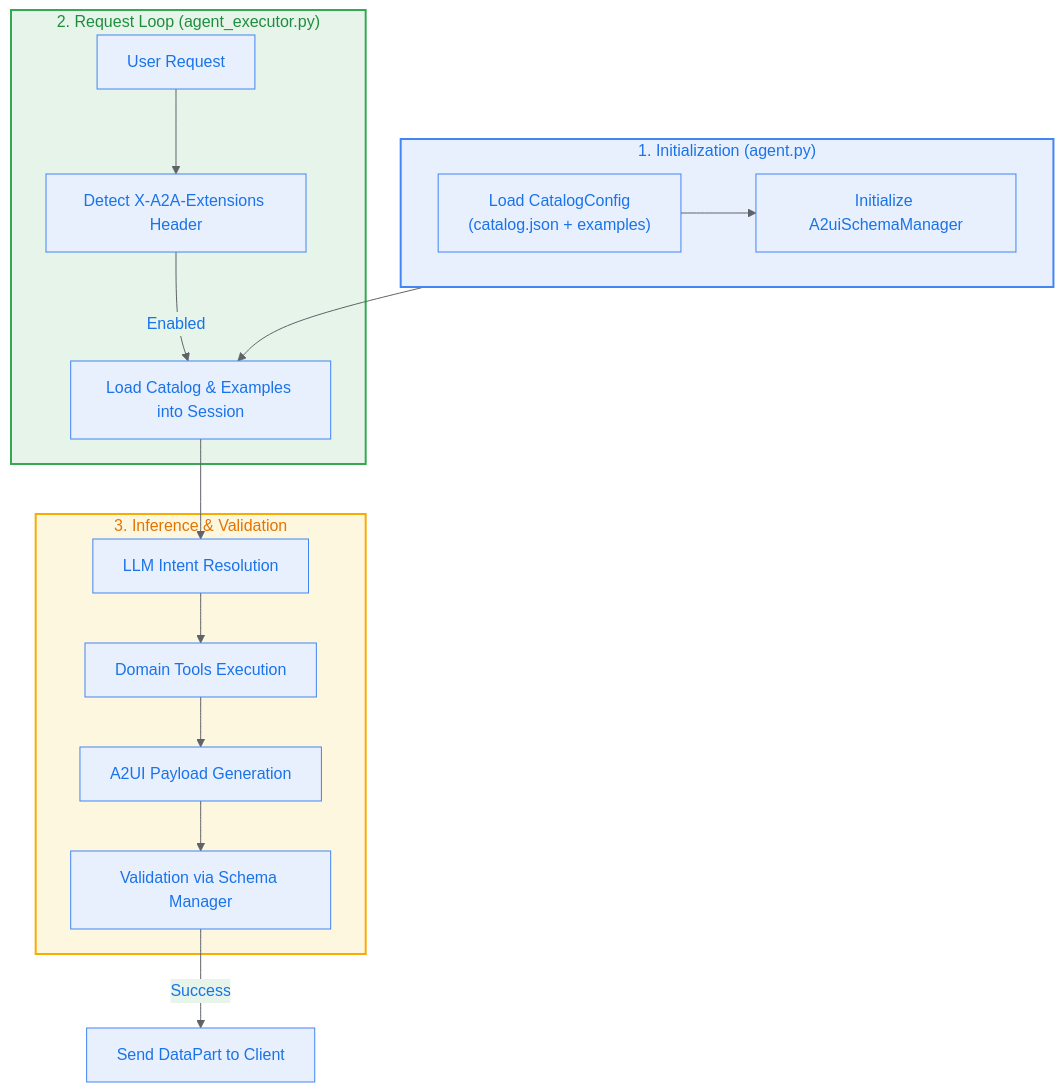
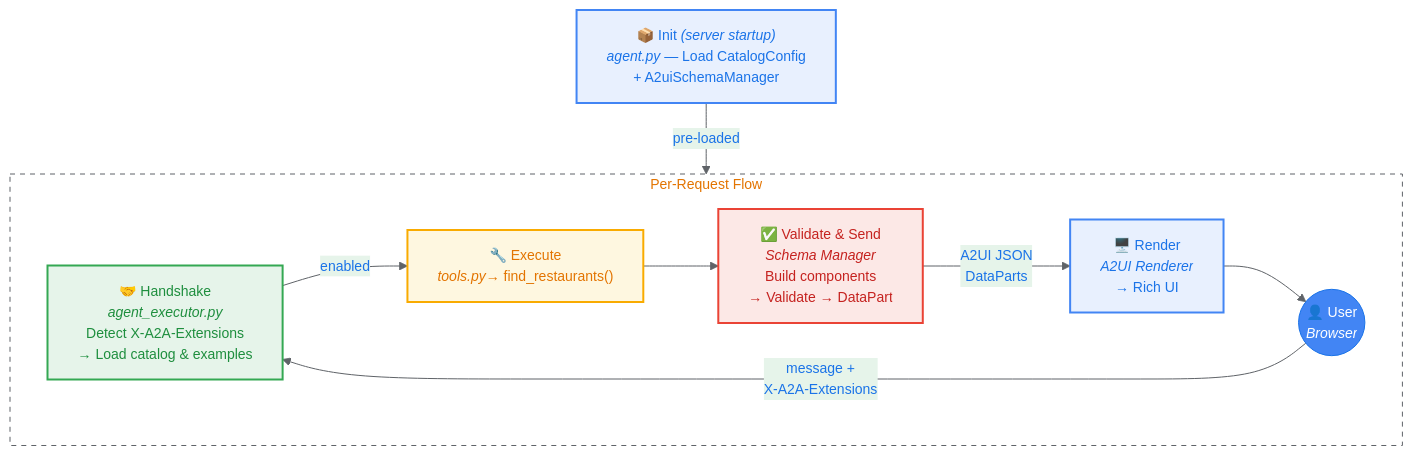
The fourth of 4 diagrams in docs/intro_a2ui.md (wadave/agent-a2ui-demo), drawn with Mermaid before and after one commit. The commit also changed other lines of this file, not shown here.

Commit message:
chore:update diagram

````diff
--- a/docs/intro_a2ui.md
+++ b/docs/intro_a2ui.md
@@ -410,41 +410,43 @@
 ```mermaid
 ---
 config:
   theme: base
   themeVariables:
     primaryColor: "#E8F0FE"
     primaryTextColor: "#1a73e8"
     primaryBorderColor: "#4285F4"
     secondaryColor: "#E6F4EA"
     secondaryTextColor: "#1e8e3e"
     secondaryBorderColor: "#34A853"
     tertiaryColor: "#FEF7E0"
     tertiaryTextColor: "#E37400"
     tertiaryBorderColor: "#F9AB00"
     lineColor: "#5f6368"
-    fontSize: 16px
+    fontSize: 14px
 ---
 flowchart TD
-    subgraph INIT ["1. Initialization (agent.py)"]
-        A1["Load CatalogConfig<br/>(catalog.json + examples)"] --> A2["Initialize A2uiSchemaManager"]
+    A["📦 Init <i>(server startup)</i><br/><i>agent.py</i> — Load CatalogConfig<br/>+ A2uiSchemaManager"]
+
+    A -->|"pre-loaded"| B
+
+    subgraph REQUEST ["Per-Request Flow"]
+        direction LR
+        U(("👤 User<br/><i>Browser</i>")) -->|"message +<br/>X-A2A-Extensions"| B
+
+        B["🤝 Handshake<br/><i>agent_executor.py</i><br/>Detect X-A2A-Extensions<br/>→ Load catalog & examples"] -->|enabled| C
+
+        C["🔧 Execute<br/><i>tools.py</i>→ find_restaurants()"] --> D
+
+        D["✅ Validate & Send<br/><i>Schema Manager</i><br/>Build components<br/>→ Validate → DataPart"] -->|"A2UI JSON<br/>DataParts"| R
+
+        R["🖥️ Render<br/><i>A2UI Renderer</i><br/>→ Rich UI"] --> U
     end
 
-    subgraph REQUEST ["2. Request Loop (agent_executor.py)"]
-        B1["User Request"] --> B2["Detect X-A2A-Extensions Header"]
-        B2 -->|Enabled| B3["Load Catalog & Examples into Session"]
-    end
-
-    subgraph INFERENCE ["3. Inference & Validation"]
-        B3 --> C1["LLM Intent Resolution"]
-        C1 --> C2["Domain Tools Execution"]
-        C2 --> C3["A2UI Payload Generation"]
-        C3 --> C4["Validation via Schema Manager"]
-    end
-
-    INIT --> B3
-    C4 -->|Success| D["Send DataPart to Client"]
-
-    style INIT fill:#E8F0FE,stroke:#4285F4,stroke-width:2px,color:#1a73e8
-    style REQUEST fill:#E6F4EA,stroke:#34A853,stroke-width:2px,color:#1e8e3e
-    style INFERENCE fill:#FEF7E0,stroke:#F9AB00,stroke-width:2px,color:#E37400
+    style A fill:#E8F0FE,stroke:#4285F4,stroke-width:2px,color:#1a73e8
+    style U fill:#4285F4,stroke:#1a73e8,color:#fff
+    style B fill:#E6F4EA,stroke:#34A853,stroke-width:2px,color:#1e8e3e
+    style C fill:#FEF7E0,stroke:#F9AB00,stroke-width:2px,color:#E37400
+    style D fill:#FCE8E6,stroke:#EA4335,stroke-width:2px,color:#C5221F
+    style R fill:#E8F0FE,stroke:#4285F4,stroke-width:2px,color:#1a73e8
+    style REQUEST fill:none,stroke:#5f6368,stroke-width:1px,stroke-dasharray:5 5
 ```
````
